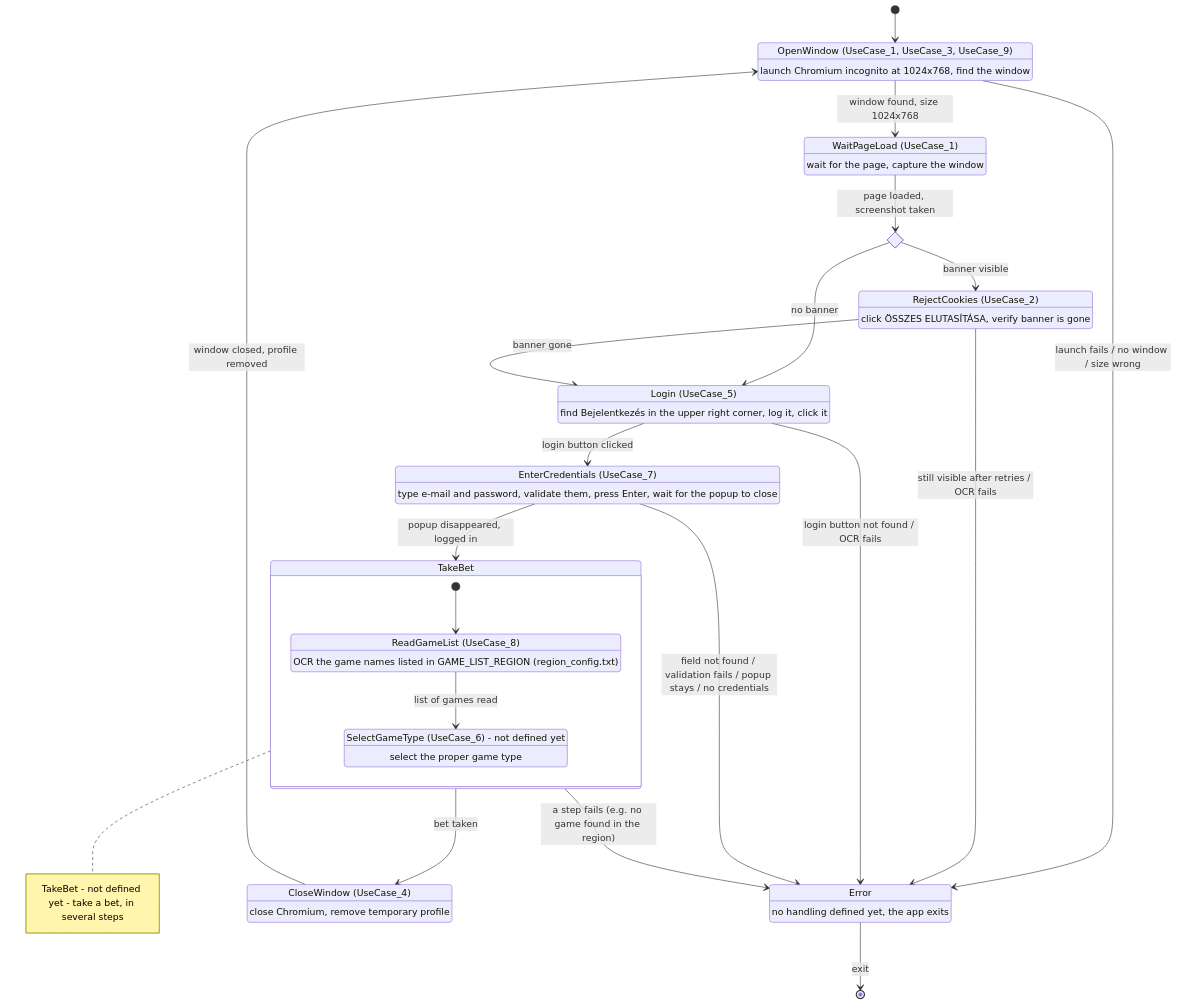
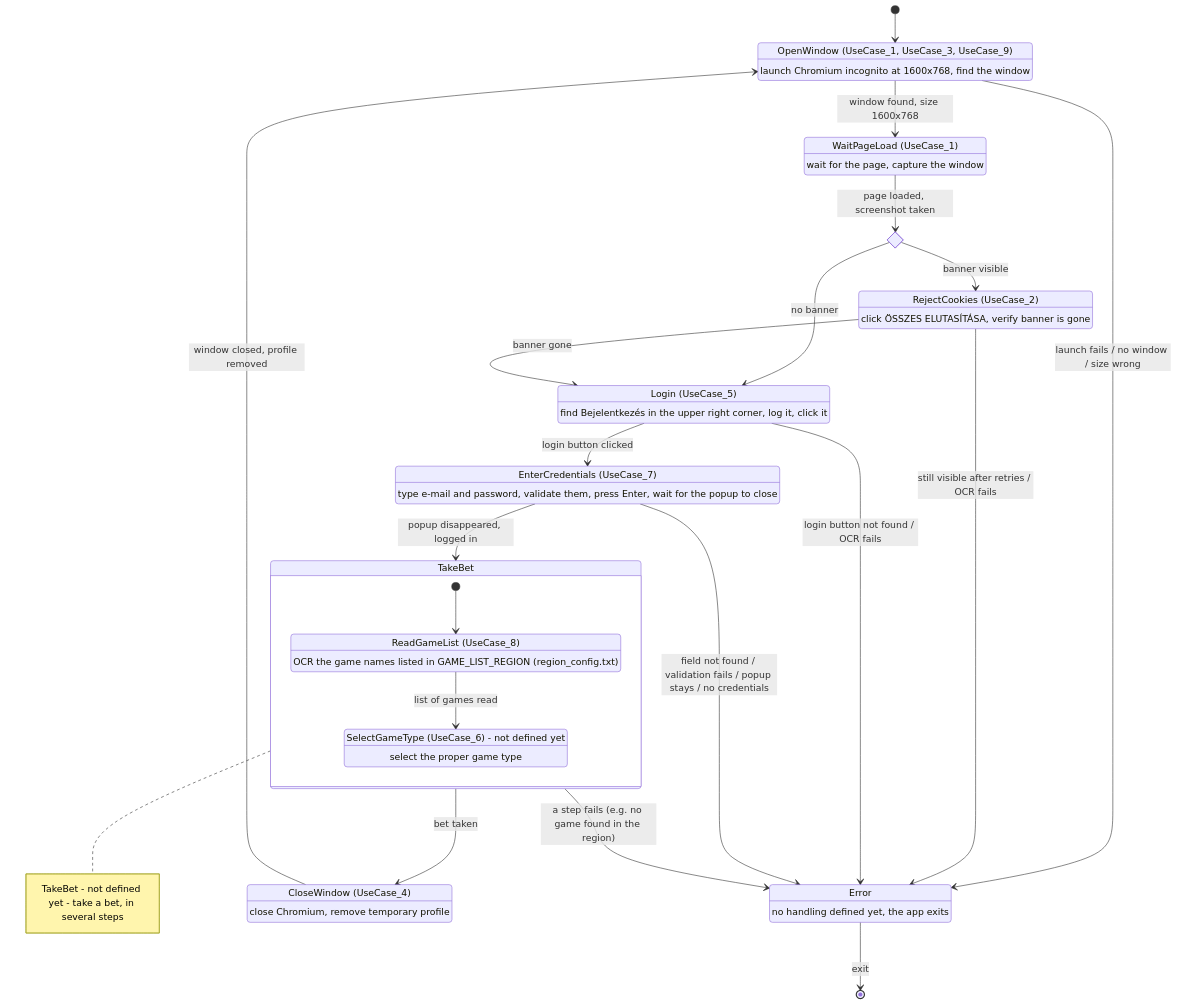
The diagram in the_app_AI/docs/use_cases.md (ostoadhu/howToMakeItWork), drawn with Mermaid before and after one commit. The commit also changed other lines of this file and 7 other files, not shown here.

````diff
--- a/the_app_AI/docs/use_cases.md
+++ b/the_app_AI/docs/use_cases.md
@@ -34,43 +34,43 @@
 ```mermaid
 stateDiagram-v2
     [*] --> OpenWindow
     state "OpenWindow (UseCase_1, UseCase_3, UseCase_9)" as OpenWindow
-    OpenWindow : launch Chromium incognito at 1024x768, find the window
+    OpenWindow : launch Chromium incognito at 1600x768, find the window
     state "WaitPageLoad (UseCase_1)" as WaitPageLoad
     WaitPageLoad : wait for the page, capture the window
     state BannerVisible <<choice>>
     state "RejectCookies (UseCase_2)" as RejectCookies
     RejectCookies : click ÖSSZES ELUTASÍTÁSA, verify banner is gone
     state "Login (UseCase_5)" as Login
     Login : find Bejelentkezés in the upper right corner, log it, click it
     state "EnterCredentials (UseCase_7)" as EnterCredentials
     EnterCredentials : type e-mail and password, validate them, press Enter, wait for the popup to close
     state TakeBet {
         [*] --> ReadGameList
         state "ReadGameList (UseCase_8)" as ReadGameList
         ReadGameList : OCR the game names listed in GAME_LIST_REGION (region_config.txt)
         state "SelectGameType (UseCase_6) - not defined yet" as SelectGameType
         SelectGameType : select the proper game type
         ReadGameList --> SelectGameType : list of games read
     }
     note right of TakeBet : TakeBet - not defined yet - take a bet, in several steps
     state "CloseWindow (UseCase_4)" as CloseWindow
     CloseWindow : close Chromium, remove temporary profile
     state "Error" as Error
     Error : no handling defined yet, the app exits
-    OpenWindow --> WaitPageLoad : window found, size 1024x768
+    OpenWindow --> WaitPageLoad : window found, size 1600x768
     OpenWindow --> Error : launch fails / no window / size wrong
     WaitPageLoad --> BannerVisible : page loaded, screenshot taken
     BannerVisible --> RejectCookies : banner visible
     BannerVisible --> Login : no banner
     RejectCookies --> Login : banner gone
     RejectCookies --> Error : still visible after retries / OCR fails
     Login --> EnterCredentials : login button clicked
     Login --> Error : login button not found / OCR fails
     EnterCredentials --> TakeBet : popup disappeared, logged in
     EnterCredentials --> Error : field not found / validation fails / popup stays / no credentials
     TakeBet --> CloseWindow : bet taken
     TakeBet --> Error : a step fails (e.g. no game found in the region)
     CloseWindow --> OpenWindow : window closed, profile removed
     Error --> [*] : exit
 ```
````
